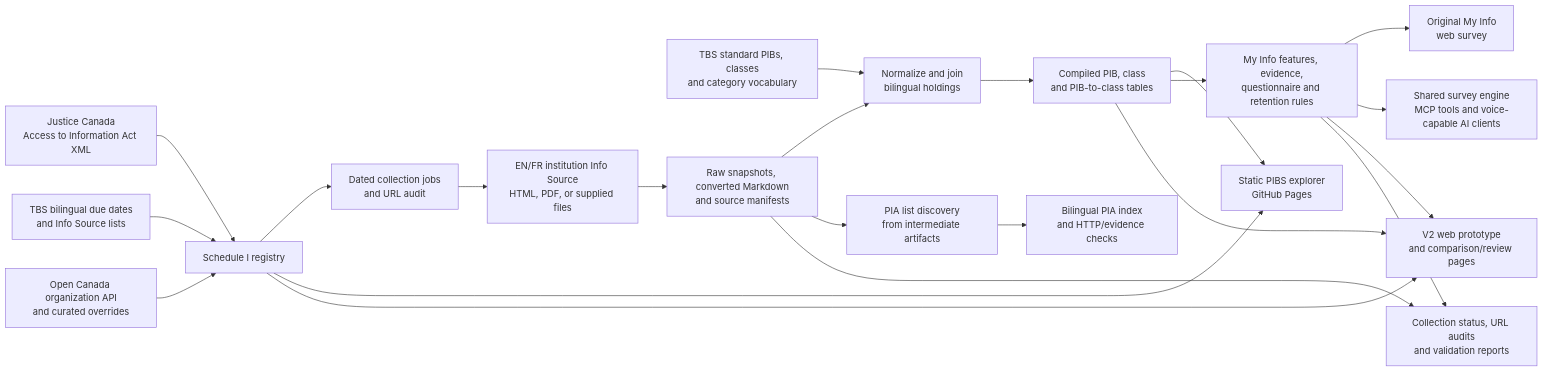
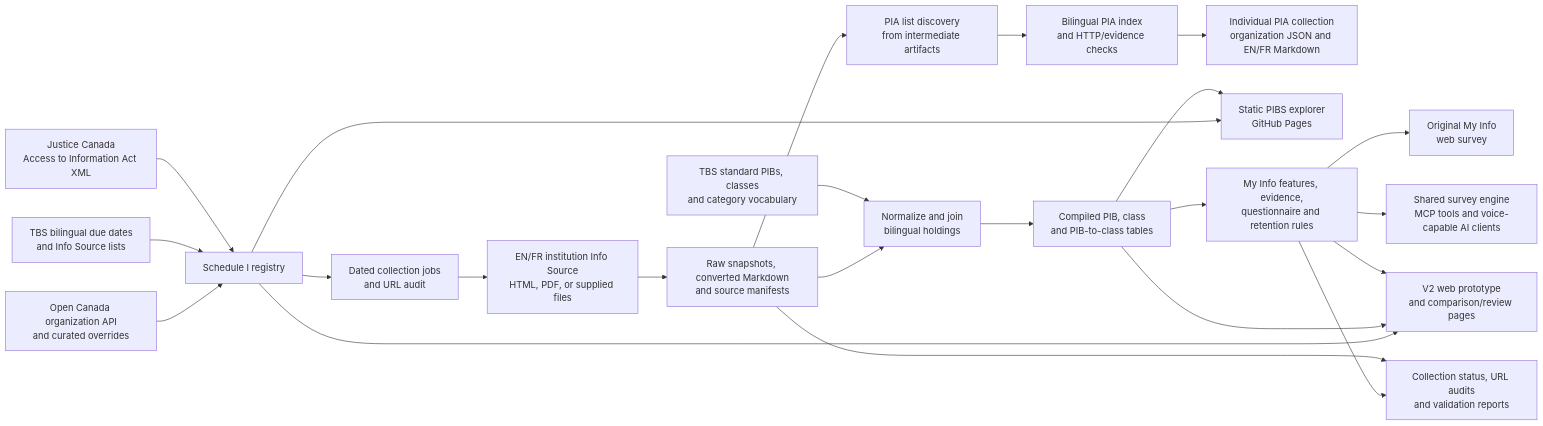
One commit to PatLittle/pibs changed the first of 3 diagrams in README.md. Above: the diagram before and after it, drawn with Mermaid. The commit also changed other lines of this file and 1865 other files, not shown here.

Commit message:
Collect bilingual PIA summaries with organization metadata and exports

````diff
--- a/README.md
+++ b/README.md
@@ -10,24 +10,25 @@
 ```mermaid
 flowchart LR
     A[Justice Canada<br/>Access to Information Act XML] --> R[Schedule I registry]
     B[TBS bilingual due dates<br/>and Info Source lists] --> R
     C[Open Canada organization API<br/>and curated overrides] --> R
     R --> J[Dated collection jobs<br/>and URL audit]
     J --> I[EN/FR institution Info Source<br/>HTML, PDF, or supplied files]
     D[TBS standard PIBs, classes<br/>and category vocabulary] --> X[Normalize and join<br/>bilingual holdings]
     I --> S[Raw snapshots, converted Markdown<br/>and source manifests]
     S --> X
     S --> P[PIA list discovery<br/>from intermediate artifacts]
     P --> PL[Bilingual PIA index<br/>and HTTP/evidence checks]
+    PL --> PC[Individual PIA collection<br/>organization JSON and EN/FR Markdown]
     X --> H[Compiled PIB, class<br/>and PIB-to-class tables]
     H --> W[Static PIBS explorer<br/>GitHub Pages]
     H --> F[My Info features, evidence,<br/>questionnaire and retention rules]
     F --> V1[Original My Info<br/>web survey]
     F --> MCP[Shared survey engine<br/>MCP tools and voice-capable AI clients]
     F --> V2[V2 web prototype<br/>and comparison/review pages]
     R --> W
     H --> V2
     R --> V2
     S --> Q[Collection status, URL audits<br/>and validation reports]
     F --> Q
 ```
````
